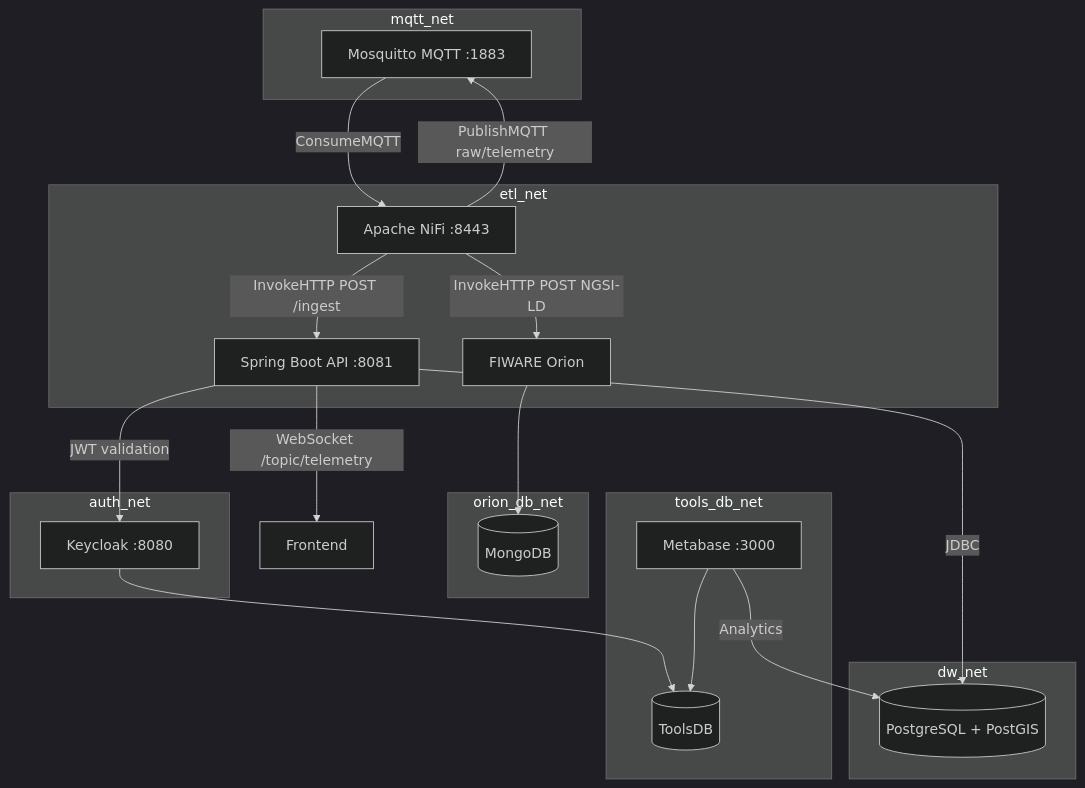
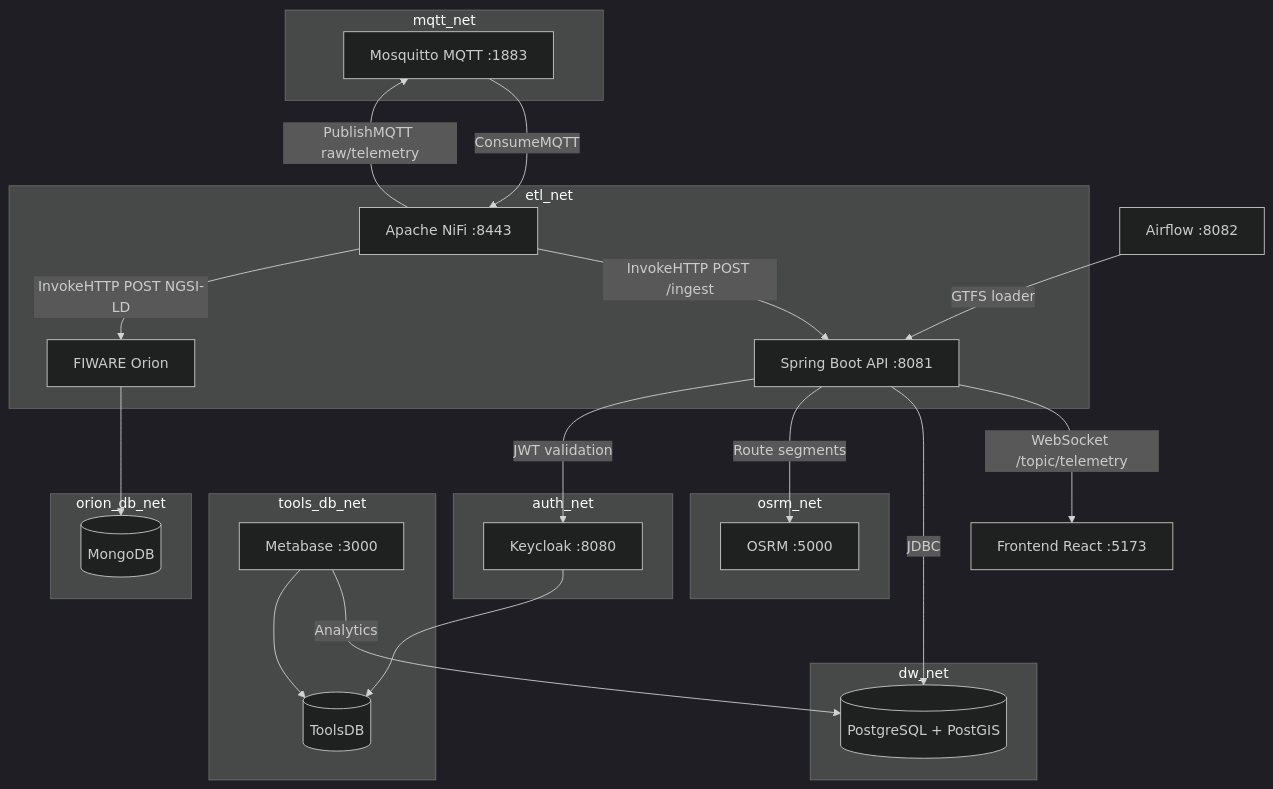
The diagram in README.md (antosantosb/DAI), drawn with Mermaid (dark theme) before and after one commit. The commit also changed other lines of this file and 16 other files, not shown here.

````diff
--- a/README.md
+++ b/README.md
@@ -16,41 +18,47 @@
 ```mermaid
 flowchart TB
     subgraph mqtt_net [mqtt_net]
         MQ[Mosquitto MQTT :1883]
     end
 
     subgraph etl_net [etl_net]
         NF[Apache NiFi :8443]
         OR[FIWARE Orion]
         API[Spring Boot API :8081]
     end
 
     subgraph dw_net [dw_net]
         DW[(PostgreSQL + PostGIS)]
     end
 
     subgraph orion_db_net [orion_db_net]
         MDB[(MongoDB)]
     end
 
     subgraph auth_net [auth_net]
         KC[Keycloak :8080]
     end
 
     subgraph tools_db_net [tools_db_net]
         TDB[(ToolsDB)]
         MB[Metabase :3000]
     end
 
+    subgraph osrm_net [osrm_net]
+        OSRM[OSRM :5000]
+    end
+
     NF -->|PublishMQTT raw/telemetry| MQ
     MQ -->|ConsumeMQTT| NF
     NF -->|InvokeHTTP POST /ingest| API
     NF -->|InvokeHTTP POST NGSI-LD| OR
-    API -->|WebSocket /topic/telemetry| FE[Frontend]
+    API -->|WebSocket /topic/telemetry| FE[Frontend React :5173]
     API -->|JDBC| DW
+    API -->|Route segments| OSRM
     MB -->|Analytics| DW
     OR --> MDB
     KC --> TDB
     MB --> TDB
     API -->|JWT validation| KC
+    AF[Airflow :8082] -->|GTFS loader| API
 ```
````
